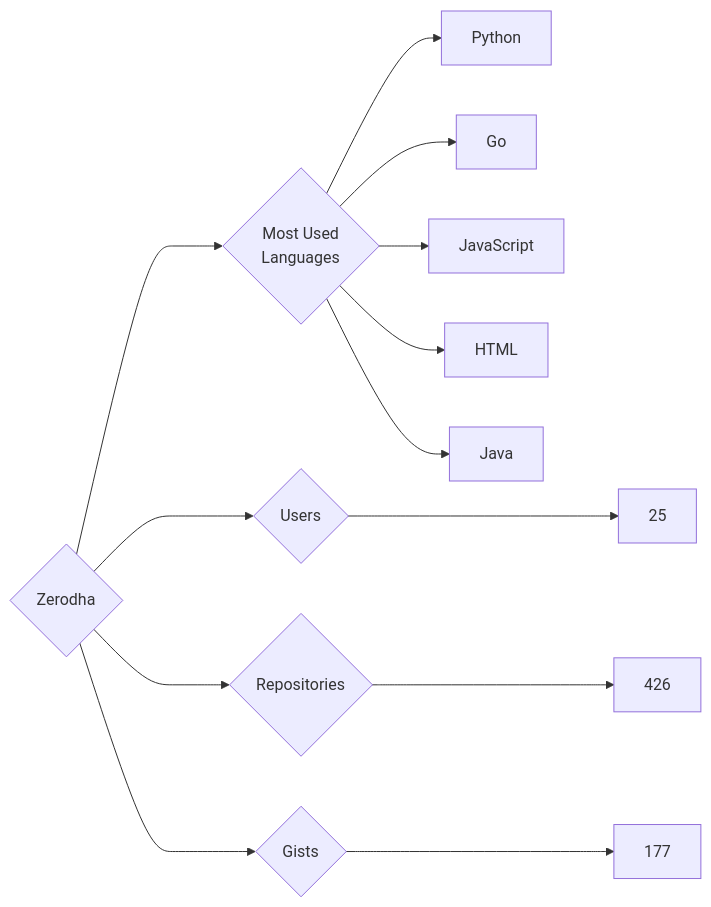
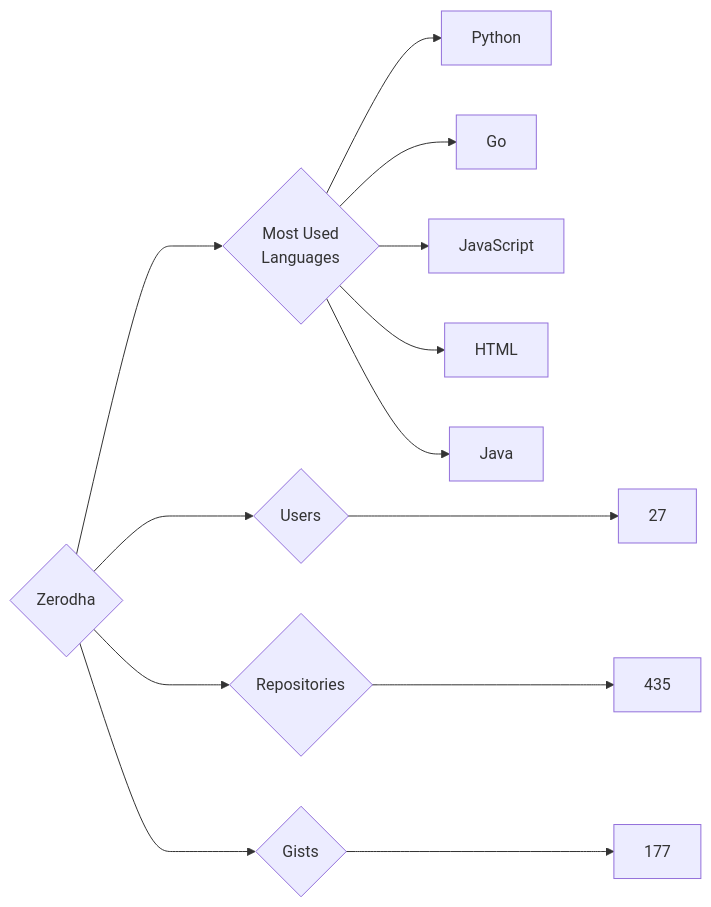
The diagram in targets/Zerodha/README.md (trickest/insiders), drawn with Mermaid before and after one commit. The commit also changed 1389 other files, not shown here.

````diff
--- a/targets/Zerodha/README.md
+++ b/targets/Zerodha/README.md
@@ -3,13 +3,13 @@
 ```mermaid
 graph LR
 COMPANY_NAME{Zerodha}
-COMPANY_NAME ---> U{Users} ---> UN[25]
-COMPANY_NAME ---> R{Repositories} ---> RN[426]
+COMPANY_NAME ---> U{Users} ---> UN[27]
+COMPANY_NAME ---> R{Repositories} ---> RN[435]
 COMPANY_NAME ---> G{Gists} ---> GN[177]
 COMPANY_NAME ---> ML{Most Used<br>Languages}
 ML --> Python[Python]
 ML --> Go[Go]
 ML --> JavaScript[JavaScript]
 ML --> HTML[HTML]
 ML --> Java[Java]
 ```
````
